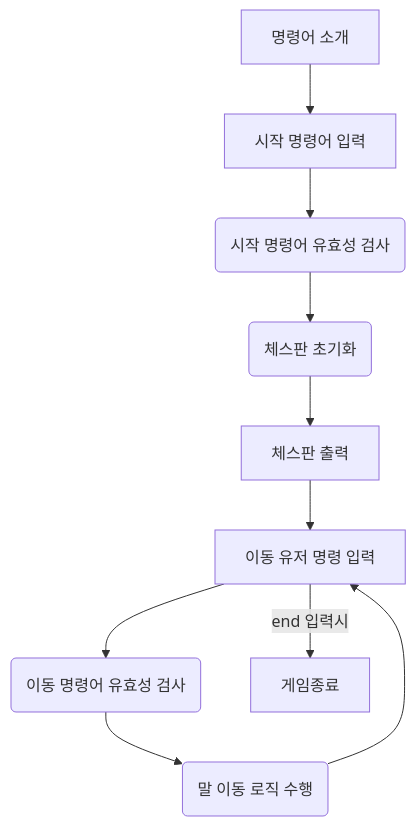
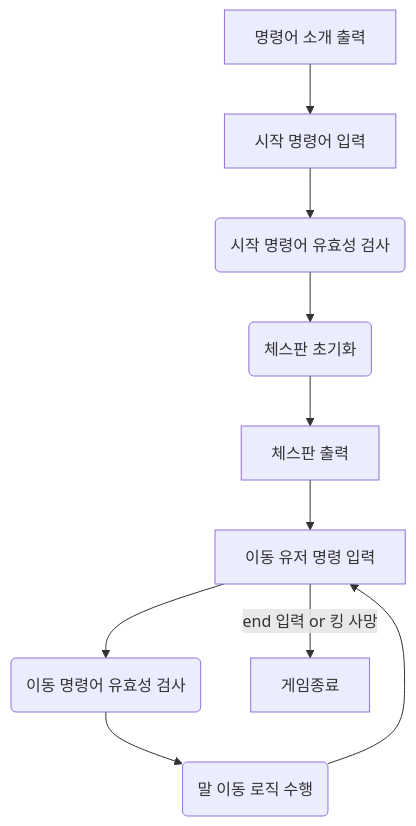
Before and after one commit to woowacourse/java-chess: the first of 2 diagrams in docs/README.md, drawn with Mermaid. The commit also changed other lines of this file, not shown here.

Commit message:
docs: 클래스 다이어그램 추가

````diff
--- a/docs/README.md
+++ b/docs/README.md
@@ -42,6 +43,6 @@
 ```mermaid
 flowchart
-A[명령어 소개] --> B[시작 명령어 입력] --> H(시작 명령어 유효성 검사) --> G(체스판 초기화) --> C[체스판 출력] --> D[이동 유저 명령 입력] --> I(이동 명령어 유효성 검사) --> E(말 이동 로직 수행)
+A[명령어 소개 출력] --> B[시작 명령어 입력] --> H(시작 명령어 유효성 검사) --> G(체스판 초기화) --> C[체스판 출력] --> D[이동 유저 명령 입력] --> I(이동 명령어 유효성 검사) --> E(말 이동 로직 수행)
 E--> D
-D--> |end 입력시| J[게임종료]
+D--> |end 입력 or 킹 사망| J[게임종료]
 ```
````
